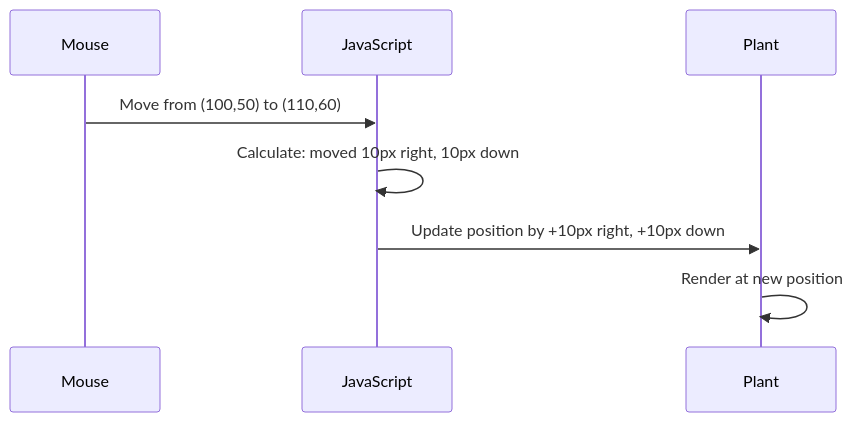
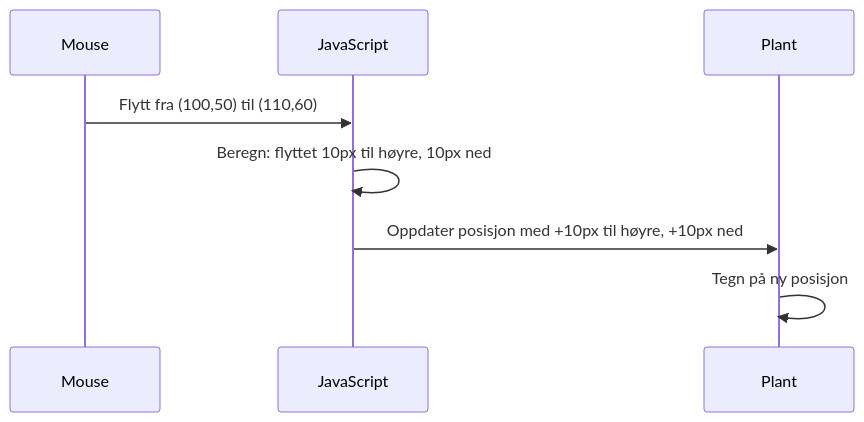
The seventh of 8 diagrams in translations/no/3-terrarium/3-intro-to-DOM-and-closures/README.md (microsoft/Web-Dev-For-Beginners), drawn with Mermaid before and after one commit. The commit also changed other lines of this file and 99 other files, not shown here.

````diff
--- a/translations/no/3-terrarium/3-intro-to-DOM-and-closures/README.md
+++ b/translations/no/3-terrarium/3-intro-to-DOM-and-closures/README.md
@@ -335,11 +507,11 @@
 ```mermaid
 sequenceDiagram
     participant Mouse
     participant JavaScript
     participant Plant
     
-    Mouse->>JavaScript: Move from (100,50) to (110,60)
-    JavaScript->>JavaScript: Calculate: moved 10px right, 10px down
-    JavaScript->>Plant: Update position by +10px right, +10px down
-    Plant->>Plant: Render at new position
+    Mouse->>JavaScript: Flytt fra (100,50) til (110,60)
+    JavaScript->>JavaScript: Beregn: flyttet 10px til høyre, 10px ned
+    JavaScript->>Plant: Oppdater posisjon med +10px til høyre, +10px ned
+    Plant->>Plant: Tegn på ny posisjon
 ```
````
